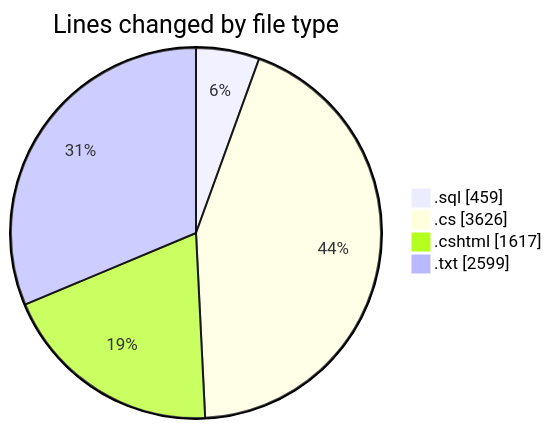
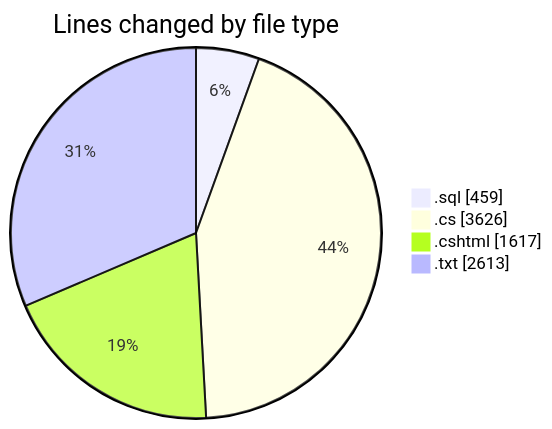
The first of 2 diagrams in 2025-07-23/quanlyrapchieuphim/README.md (lephambinh05/code-tracking), drawn with Mermaid before and after one commit. The commit also changed other lines of this file and 1 other file, not shown here.

````diff
--- a/2025-07-23/quanlyrapchieuphim/README.md
+++ b/2025-07-23/quanlyrapchieuphim/README.md
@@ -33,8 +33,8 @@
 ```mermaid
 pie showData
 title Lines changed by file type
 ".sql" : 459
 ".cs" : 3626
 ".cshtml" : 1617
-".txt" : 2599
+".txt" : 2613
 ```
````
